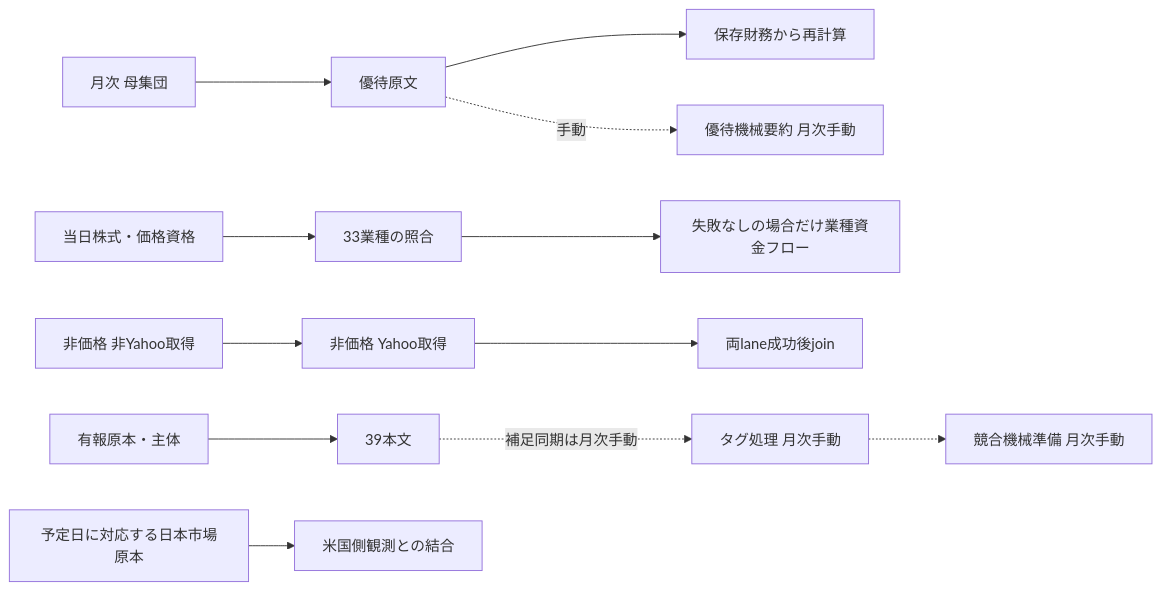
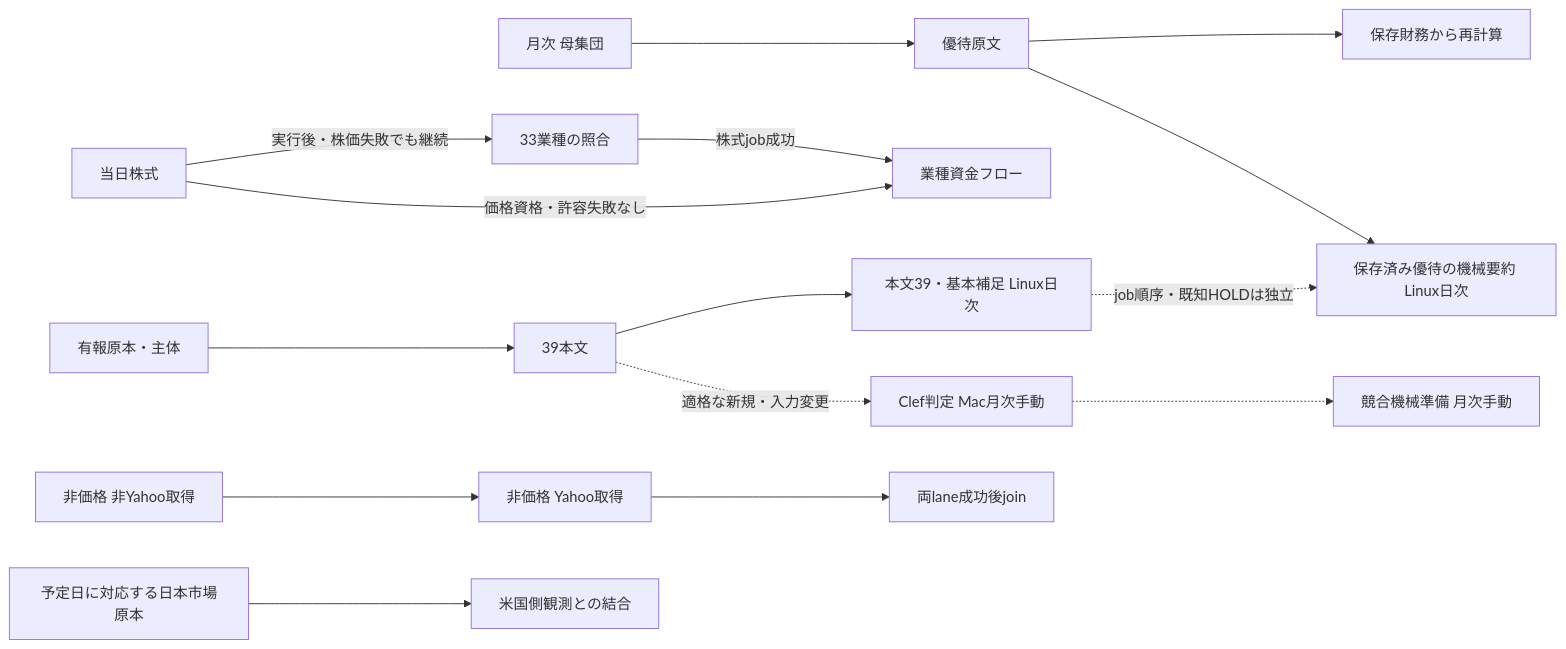
One commit to satoki252595/kabulab_tool_cloudflare changed the diagram in docs/production-job-inventory.md. Above: the diagram before and after it, drawn with Mermaid. The commit also changed other lines of this file and 18 other files, not shown here.

````diff
--- a/docs/production-job-inventory.md
+++ b/docs/production-job-inventory.md
@@ -23,14 +26,17 @@
 ```mermaid
 flowchart LR
   universe[月次 母集団] --> benefits[優待原文]
   benefits --> score[保存財務から再計算]
-  benefits -. 手動 .-> summary[優待機械要約 月次手動]
-  prices[当日株式・価格資格] --> sector[33業種の照合]
-  sector --> flow[失敗なしの場合だけ業種資金フロー]
+  benefits --> summary[保存済み優待の機械要約 Linux日次]
+  prices[当日株式] -->|実行後・株価失敗でも継続| sector[33業種の照合]
+  prices -->|価格資格・許容失敗なし| flow[業種資金フロー]
+  sector -->|株式job成功| flow
   nonYahoo[非価格 非Yahoo取得] --> yahoo[非価格 Yahoo取得]
   yahoo --> join[両lane成功後join]
   source[有報原本・主体] --> body[39本文]
-  body -. 補足同期は月次手動 .-> tags[タグ処理 月次手動]
+  body --> supplement[本文39・基本補足 Linux日次]
+  supplement -. job順序・既知HOLDは独立 .-> summary
+  body -. 適格な新規・入力変更 .-> tags[Clef判定 Mac月次手動]
   tags -.-> prep[競合機械準備 月次手動]
   jp[予定日に対応する日本市場原本] --> macro[米国側観測との結合]
 ```
````
